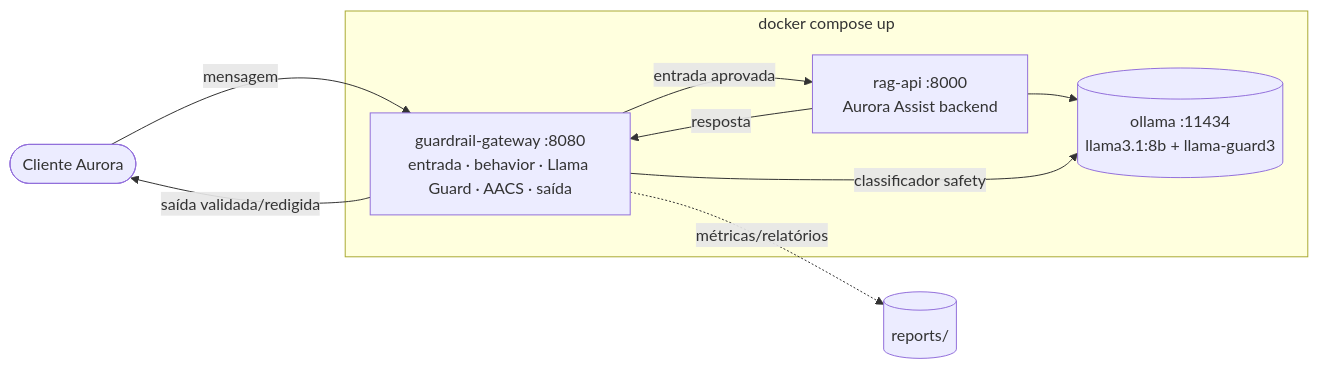
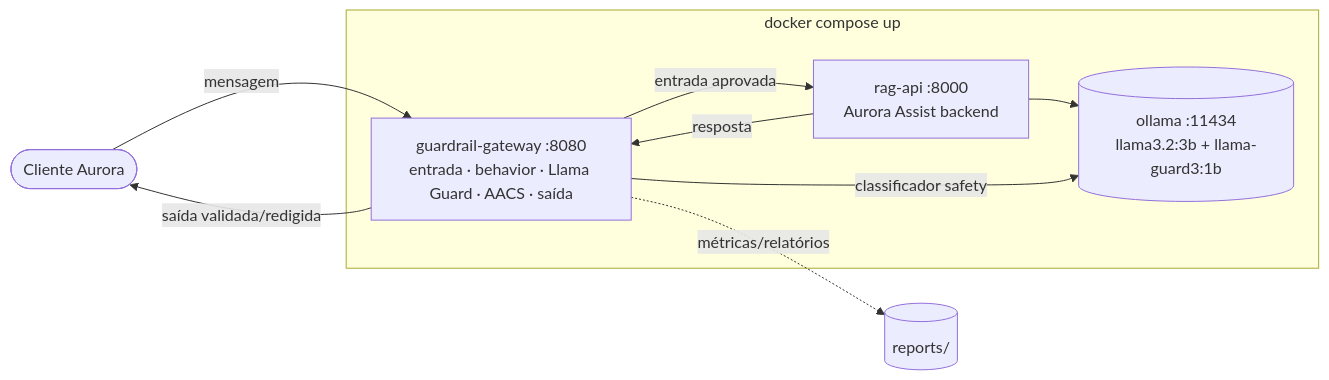
One commit to miyake-san/9mlet-llm-security changed the diagram in aula02_guardrails_politicas/README.md. Above: the diagram before and after it, drawn with Mermaid. The commit also changed 76 other files, not shown here.

````diff
--- a/aula02_guardrails_politicas/README.md
+++ b/aula02_guardrails_politicas/README.md
@@ -35,15 +35,15 @@
 ```mermaid
 flowchart LR
     Cliente([Cliente Aurora]) -->|mensagem| GW
     subgraph Stack["docker compose up"]
         GW[guardrail-gateway :8080<br/>entrada · behavior · Llama Guard · AACS · saída]
         RAG[rag-api :8000<br/>Aurora Assist backend]
-        OLLAMA[(ollama :11434<br/>llama3.1:8b + llama-guard3)]
+        OLLAMA[(ollama :11434<br/>llama3.2:3b + llama-guard3:1b)]
     end
     GW -->|entrada aprovada| RAG
     RAG --> OLLAMA
     GW -->|classificador safety| OLLAMA
     RAG -->|resposta| GW
     GW -->|saída validada/redigida| Cliente
     GW -.métricas/relatórios.-> REPORTS[(reports/)]
 ```
````
